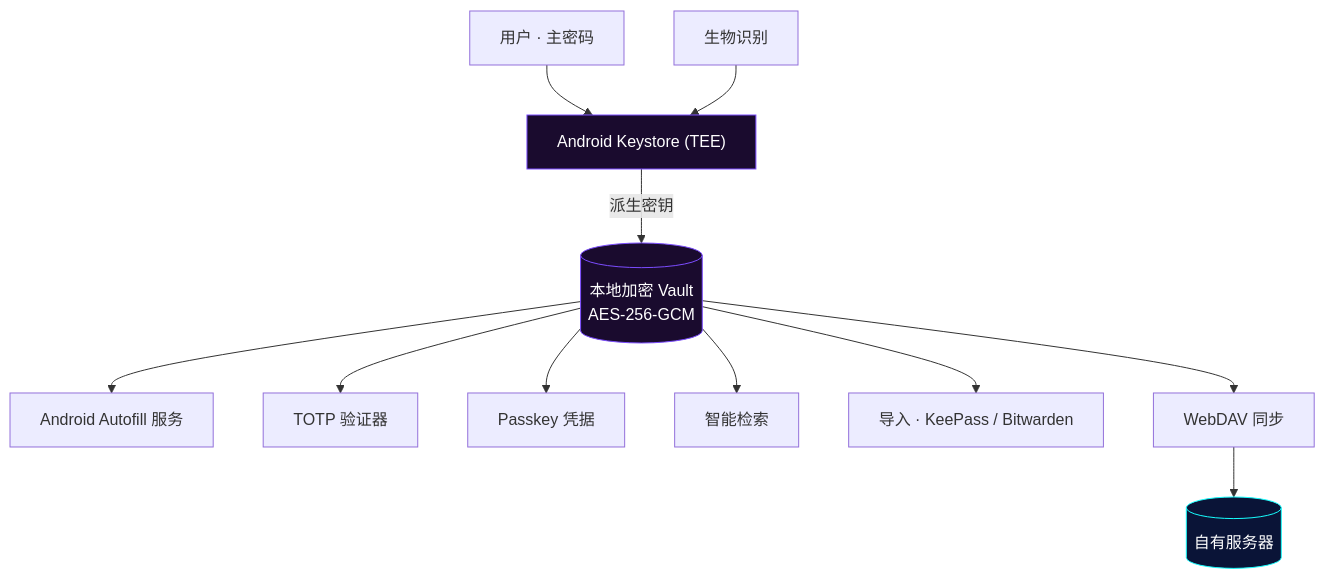
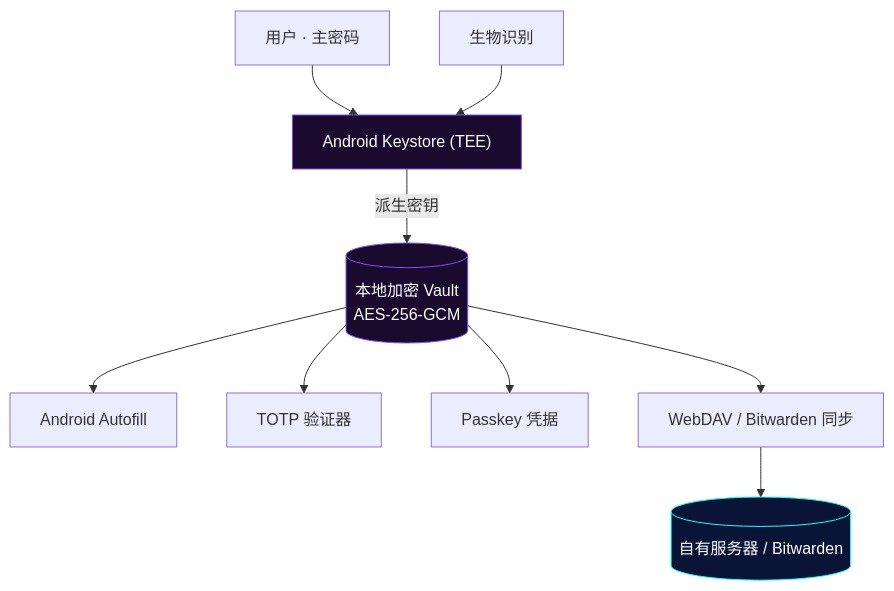
One commit to Chaniug/bastion changed the diagram in README.md. Above: the diagram before and after it, drawn with Mermaid. The commit also changed other lines of this file and 6 other files, not shown here.

````diff
--- a/README.md
+++ b/README.md
@@ -136,18 +93,16 @@
 ```mermaid
 flowchart TB
     U["用户 · 主密码"] --> K["Android Keystore (TEE)"]
     Bio["生物识别"] --> K
-    K -->|派生密钥| DB[("本地加密 Vault\nAES-256-GCM")]
-    DB --> AF["Android Autofill 服务"]
+    K -->|派生密钥| DB[("本地加密 Vault<br/>AES-256-GCM")]
+    DB --> AF["Android Autofill"]
     DB --> TOTP["TOTP 验证器"]
     DB --> Passkey["Passkey 凭据"]
-    DB --> Search["智能检索"]
-    DB --> Import["导入 · KeePass / Bitwarden"]
-    DB --> Sync["WebDAV 同步"]
-    Sync --> Cloud[("自有服务器")]
+    DB --> Sync["WebDAV / Bitwarden 同步"]
+    Sync --> Cloud[("自有服务器 / Bitwarden")]
 
     classDef secure fill:#1a0b2e,stroke:#7C4DFF,color:#fff;
     classDef store fill:#0A1437,stroke:#18FFFF,color:#fff;
     class K,DB secure;
     class Cloud store;
 ```
````
